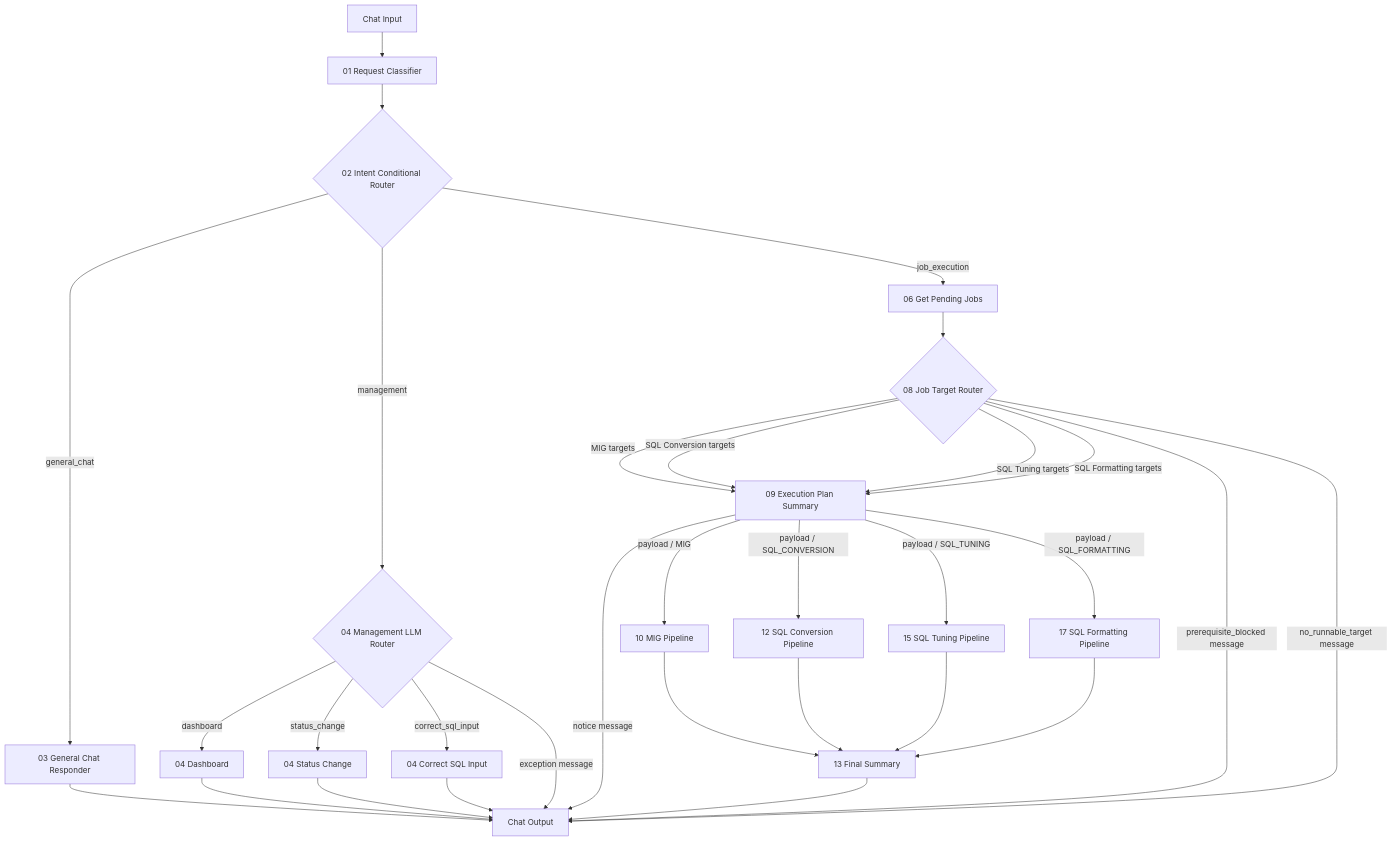
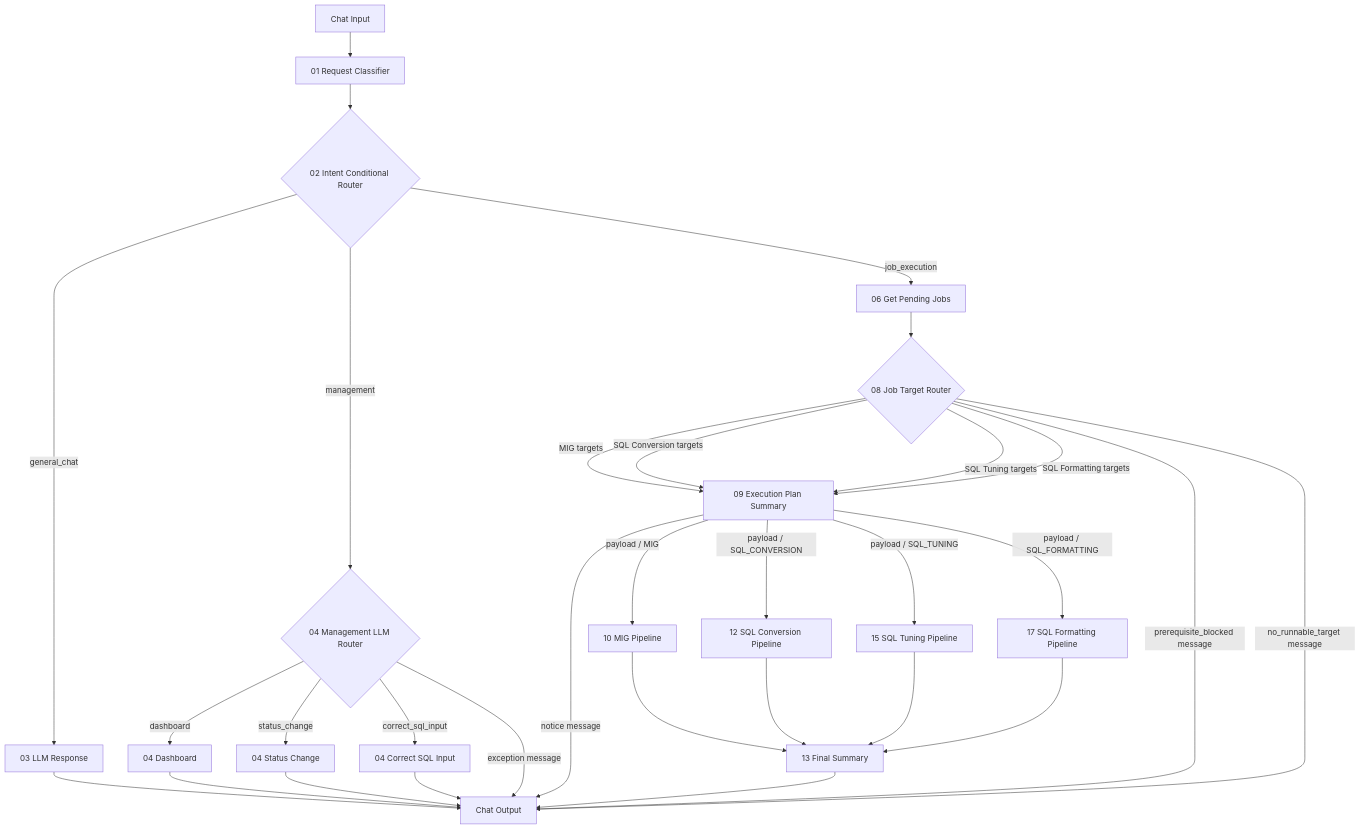
The diagram in langflow_260819_newType/01_architecture.md (seongikjin227-jpg/refactoring_smartMigrate), drawn with Mermaid before and after one commit. The commit also changed other lines of this file and 7 other files, not shown here.

````diff
--- a/langflow_260819_newType/01_architecture.md
+++ b/langflow_260819_newType/01_architecture.md
@@ -20,40 +20,40 @@
 ```mermaid
 flowchart TD
     A["Chat Input"] --> B["01 Request Classifier"]
     B --> C{"02 Intent Conditional Router"}
 
-    C -->|general_chat| D["03 General Chat Responder"]
+    C -->|general_chat| D["03 LLM Response"]
     C -->|management| E{"04 Management LLM Router"}
     C -->|job_execution| G["06 Get Pending Jobs"]
 
     E -->|dashboard| E1["04 Dashboard"]
     E -->|status_change| E2["04 Status Change"]
     E -->|correct_sql_input| E3["04 Correct SQL Input"]
     E -->|exception message| OUT["Chat Output"]
 
     G --> H{"08 Job Target Router"}
 
     H -->|MIG targets| P["09 Execution Plan Summary"]
     H -->|SQL Conversion targets| P
     H -->|SQL Tuning targets| P
     H -->|SQL Formatting targets| P
     H -->|prerequisite_blocked message| OUT
     H -->|no_runnable_target message| OUT
 
     P -->|notice message| OUT
     P -->|payload / MIG| M["10 MIG Pipeline"]
     P -->|payload / SQL_CONVERSION| C2["12 SQL Conversion Pipeline"]
     P -->|payload / SQL_TUNING| T2["15 SQL Tuning Pipeline"]
     P -->|payload / SQL_FORMATTING| F2["17 SQL Formatting Pipeline"]
 
     M --> S3["13 Final Summary"]
     C2 --> S3
     T2 --> S3
     F2 --> S3
 
     D --> OUT
     E1 --> OUT
     E2 --> OUT
     E3 --> OUT
     S3 --> OUT
 ```
````
